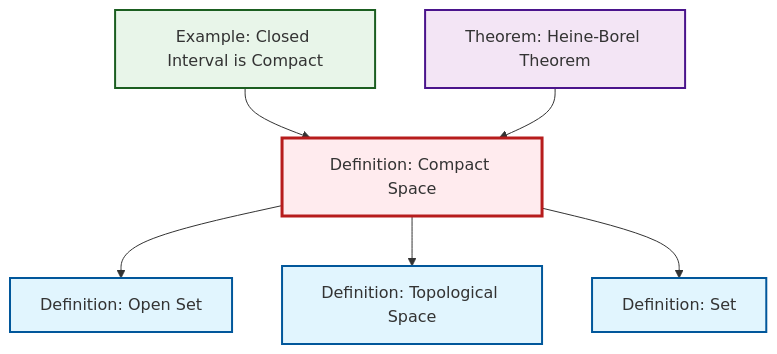
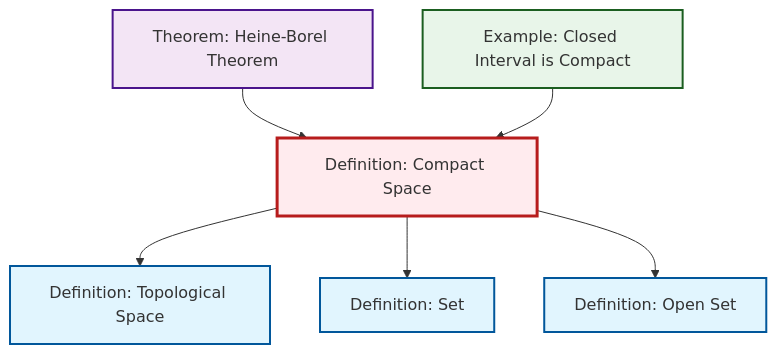
The diagram in output/mermaid/def-compact.mermaid (RK0429/ModernMath), drawn with Mermaid before and after one commit. The commit also changed other lines of this file and 530 other files, not shown here.

```diff
--- a/output/mermaid/def-compact.mermaid
+++ b/output/mermaid/def-compact.mermaid
@@ -1,19 +1,19 @@
 %%| fig-cap: "Local dependency graph"
 graph TD
     classDef definition fill:#e1f5fe,stroke:#01579b,stroke-width:2px
     classDef theorem fill:#f3e5f5,stroke:#4a148c,stroke-width:2px
     classDef axiom fill:#fff3e0,stroke:#e65100,stroke-width:2px
     classDef example fill:#e8f5e9,stroke:#1b5e20,stroke-width:2px
     classDef current fill:#ffebee,stroke:#b71c1c,stroke-width:3px
+    ex-closed-interval-compact["Example: Closed Interval is Compact"]:::example
+    def-compact["Definition: Compact Space"]:::definition
+    def-set["Definition: Set"]:::definition
+    def-topological-space["Definition: Topological Space"]:::definition
     def-open-set["Definition: Open Set"]:::definition
-    def-set["Definition: Set"]:::definition
     thm-heine-borel["Theorem: Heine-Borel Theorem"]:::theorem
-    def-compact["Definition: Compact Space"]:::definition
-    def-topological-space["Definition: Topological Space"]:::definition
-    ex-closed-interval-compact["Example: Closed Interval is Compact"]:::example
-    def-compact --> def-open-set
+    thm-heine-borel --> def-compact
     def-compact --> def-topological-space
     def-compact --> def-set
+    def-compact --> def-open-set
     ex-closed-interval-compact --> def-compact
-    thm-heine-borel --> def-compact
     class def-compact current
```
